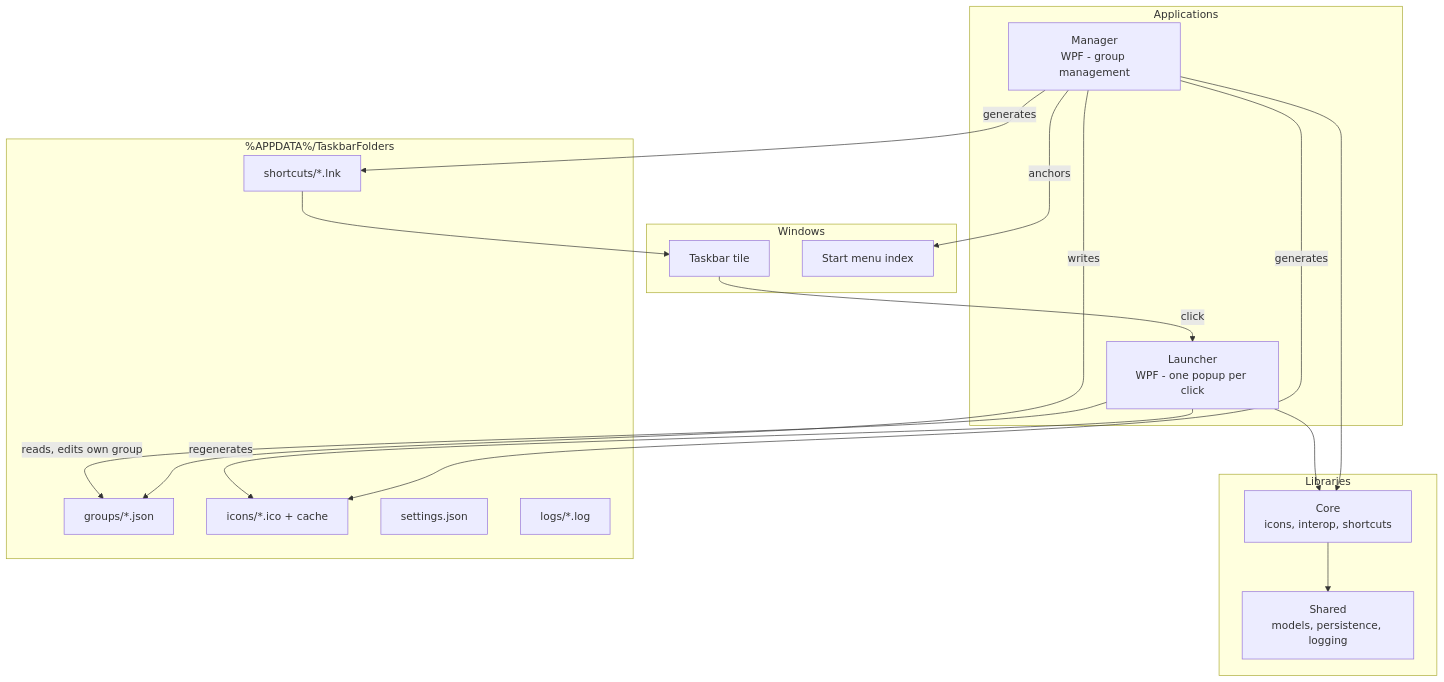
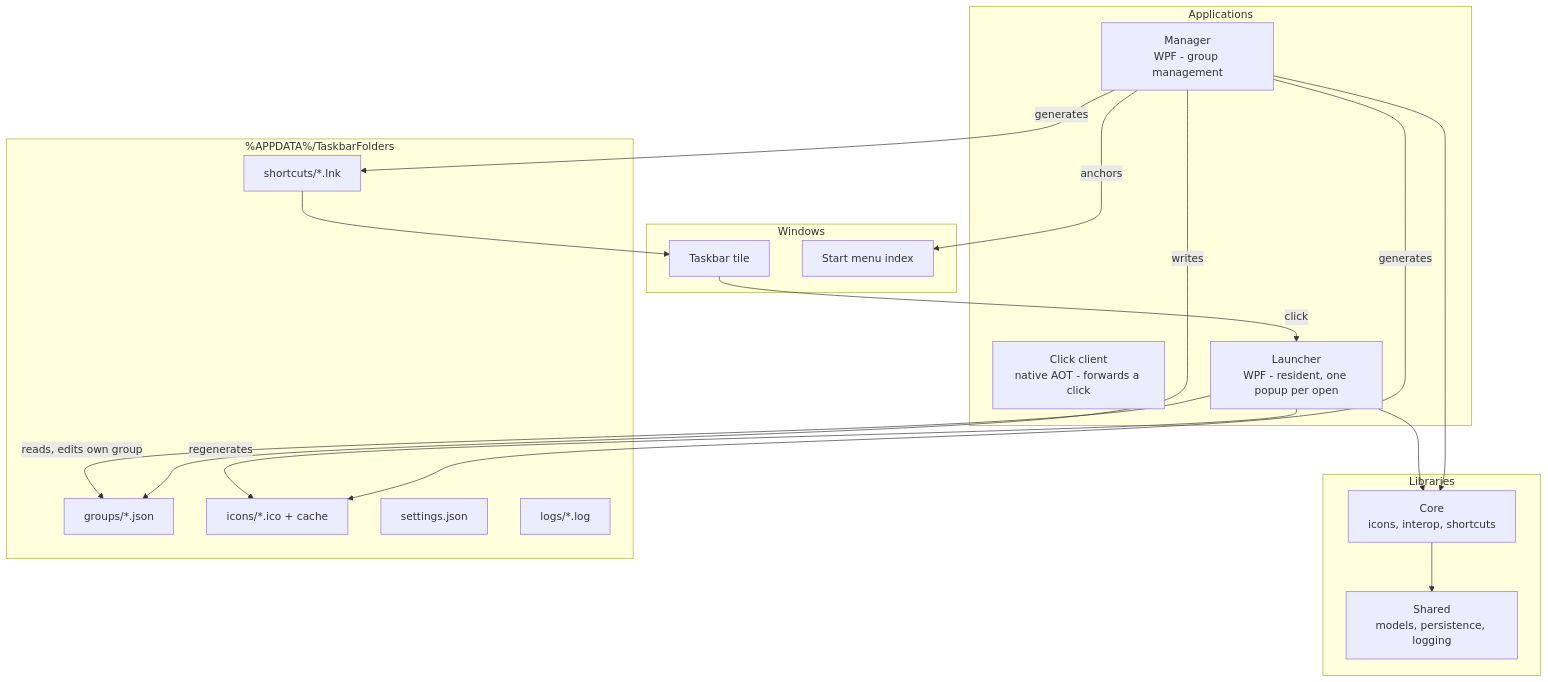
The first of 2 diagrams in docs/architecture.md (aybrkaknc/taskbar-grouping), drawn with Mermaid before and after one commit. The commit also changed other lines of this file and 6 other files, not shown here.

First line of the commit message:
docs: describe the resident launcher, the click client and the 1.0.0 behaviour

````diff
--- a/docs/architecture.md
+++ b/docs/architecture.md
@@ -9,36 +9,37 @@
 ```mermaid
 graph TB
     subgraph Windows
         Taskbar[Taskbar tile]
         StartMenu[Start menu index]
     end
 
     subgraph Applications
         Manager[Manager<br/>WPF - group management]
-        Launcher[Launcher<br/>WPF - one popup per click]
+        Click[Click client<br/>native AOT - forwards a click]
+        Launcher[Launcher<br/>WPF - resident, one popup per open]
     end
 
     subgraph Libraries
         Core[Core<br/>icons, interop, shortcuts]
         Shared[Shared<br/>models, persistence, logging]
     end
 
     subgraph "%APPDATA%/TaskbarFolders"
         Groups[groups/*.json]
         Icons[icons/*.ico + cache]
         Shortcuts[shortcuts/*.lnk]
         Settings[settings.json]
         Logs[logs/*.log]
     end
 
     Manager --> Core --> Shared
     Launcher --> Core
     Manager -->|writes| Groups
     Manager -->|generates| Icons
     Manager -->|generates| Shortcuts
     Manager -->|anchors| StartMenu
     Launcher -->|reads, edits own group| Groups
     Launcher -->|regenerates| Icons
     Shortcuts --> Taskbar
     Taskbar -->|click| Launcher
 ```
````
